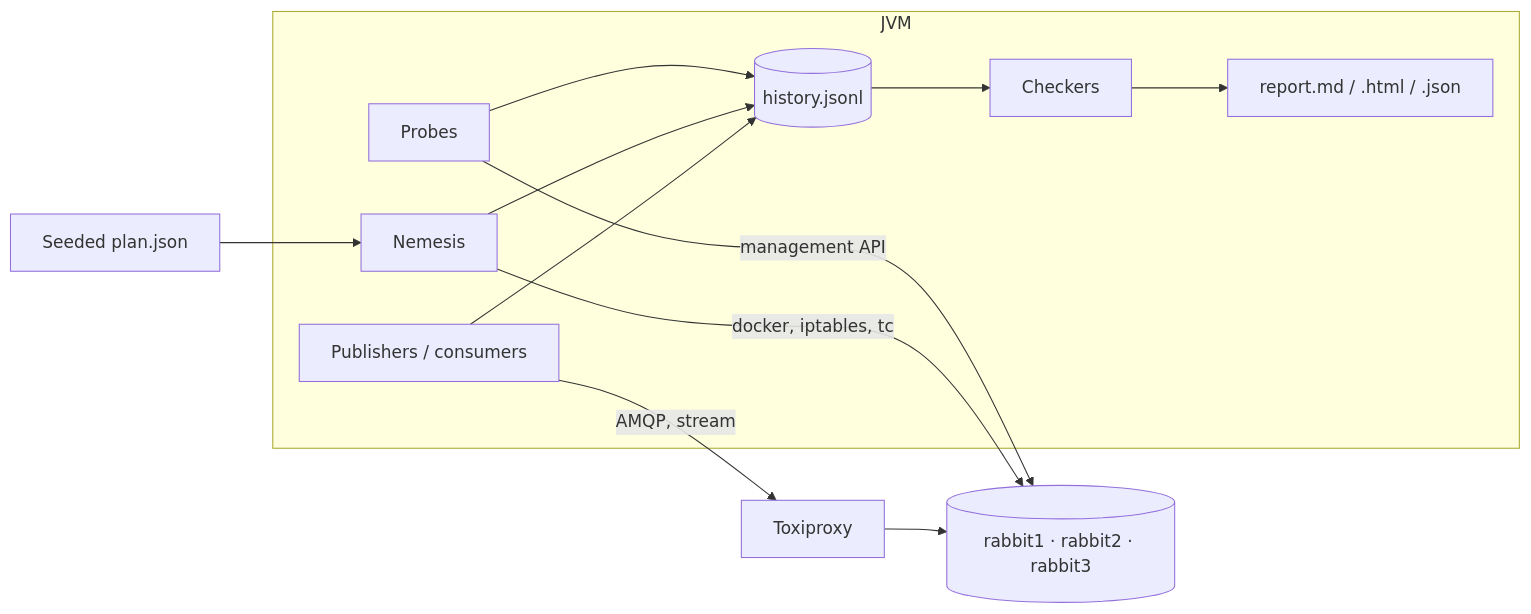
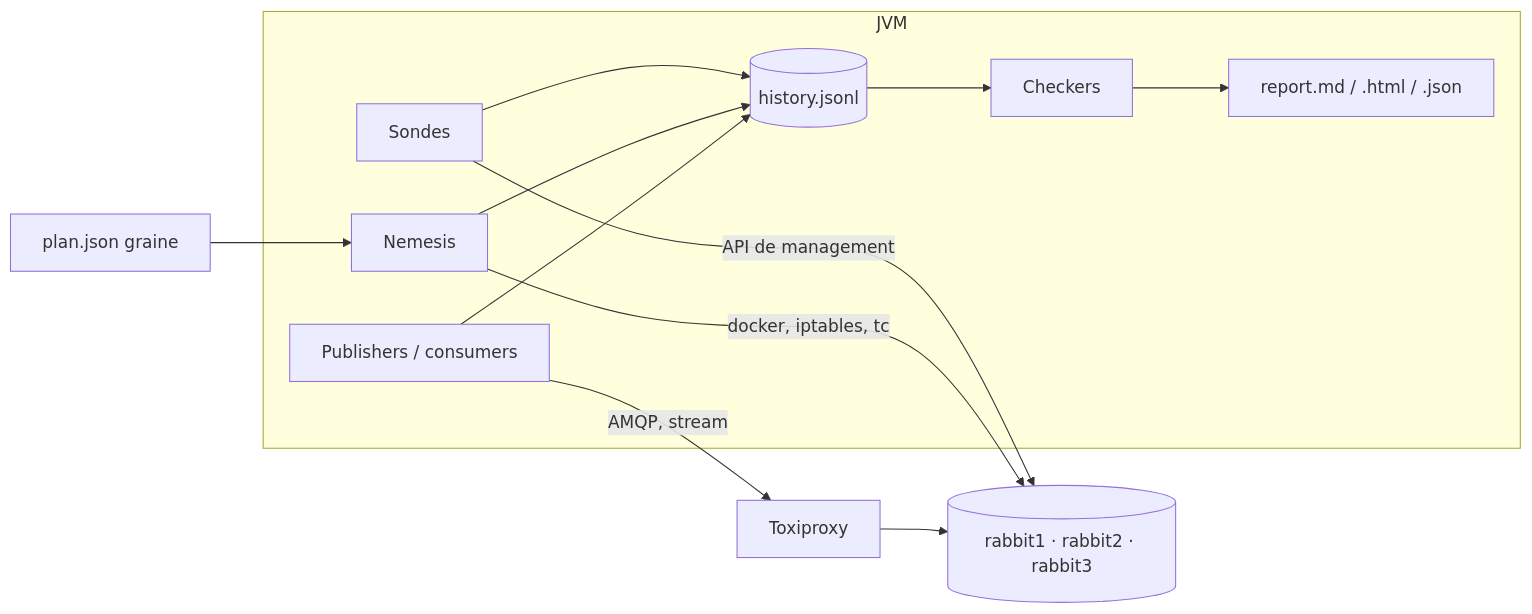
One commit to Andassa/rmq-verify changed the diagram in README.md. Above: the diagram before and after it, drawn with Mermaid. The commit also changed other lines of this file and 4 other files, not shown here.

````diff
--- a/README.md
+++ b/README.md
@@ -80,13 +81,13 @@
 ```mermaid
 flowchart LR
-  plan[Seeded plan.json] --> nemesis
+  plan[plan.json graine] --> nemesis
   subgraph JVM
     workload[Publishers / consumers] --> recorder[(history.jsonl)]
     nemesis[Nemesis] --> recorder
-    prober[Probes] --> recorder
+    prober[Sondes] --> recorder
     recorder --> checkers[Checkers] --> reports[report.md / .html / .json]
   end
   workload -->|AMQP, stream| toxiproxy[Toxiproxy] --> cluster
   nemesis -->|docker, iptables, tc| cluster[(rabbit1 · rabbit2 · rabbit3)]
-  prober -->|management API| cluster
+  prober -->|API de management| cluster
 ```
````
